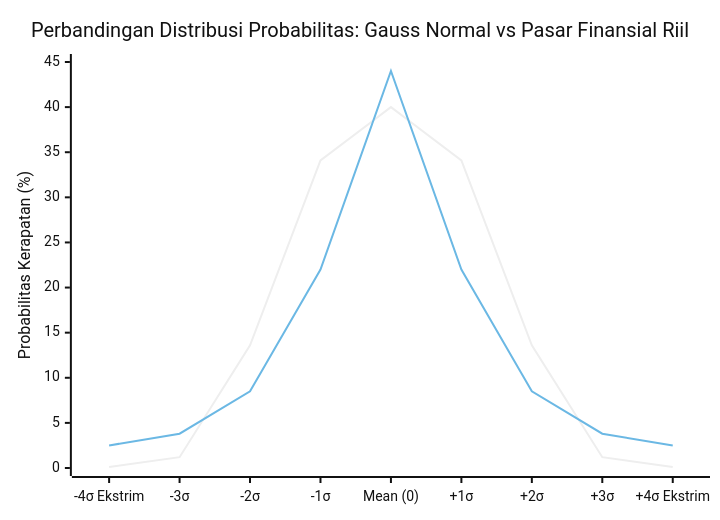
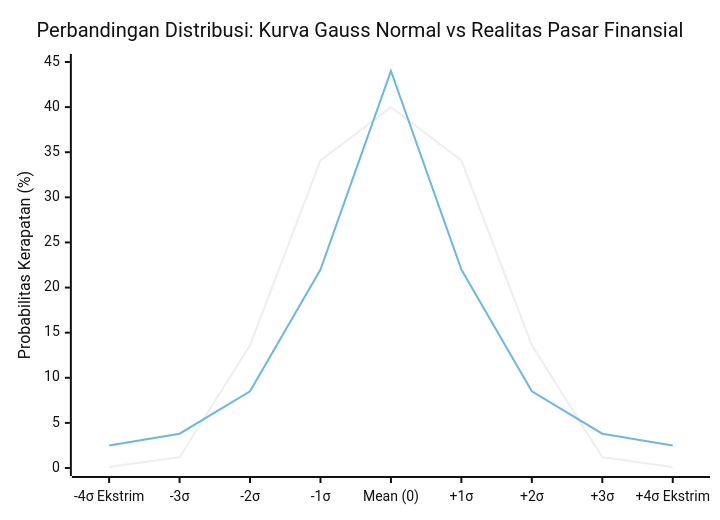
The third of 3 diagrams in docs/edianto-ong/26-random-walk-theory.md (AlulCode45/Trading-Learning-Path), drawn with Mermaid (neutral theme) before and after one commit. The commit also changed other lines of this file and 29 other files, not shown here.

Commit message:
docs(edianto-ong): upgrade all 29 chapters with beginner analogies, diagrams, step-by-step guides, and case studies

````diff
--- a/docs/edianto-ong/26-random-walk-theory.md
+++ b/docs/edianto-ong/26-random-walk-theory.md
@@ -88,8 +122,8 @@
 ```mermaid
 xychart-beta
-    title "Perbandingan Distribusi Probabilitas: Gauss Normal vs Pasar Finansial Riil"
+    title "Perbandingan Distribusi: Kurva Gauss Normal vs Realitas Pasar Finansial"
     x-axis ["-4σ Ekstrim", "-3σ", "-2σ", "-1σ", "Mean (0)", "+1σ", "+2σ", "+3σ", "+4σ Ekstrim"]
     y-axis "Probabilitas Kerapatan (%)" 0 --> 45
     line [0.1, 1.2, 13.6, 34.1, 40.0, 34.1, 13.6, 1.2, 0.1]
     line [2.5, 3.8, 8.5, 22.0, 44.0, 22.0, 8.5, 3.8, 2.5]
 ```
````
